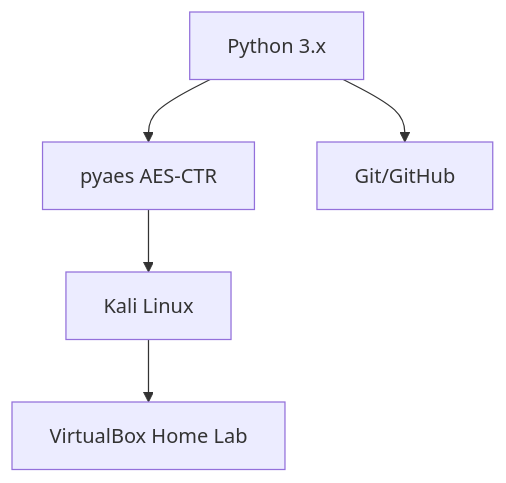
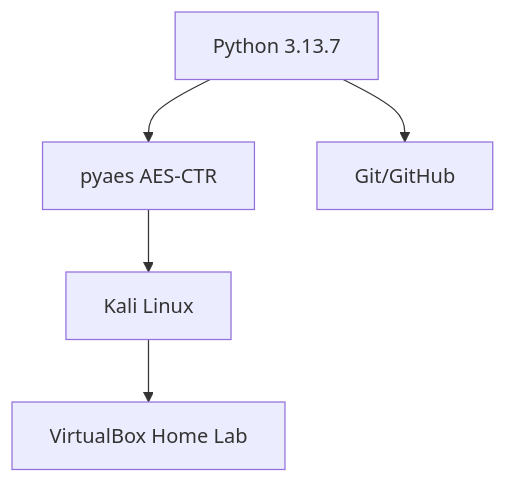
Before and after one commit to lehidavet/simulacao-ransomware-kali-python: the diagram in README.md, drawn with Mermaid.

Commit message:
docs: atualiza README

````diff
--- a/README.md
+++ b/README.md
@@ -24,7 +24,7 @@
 ```mermaid
 graph TB
-    A[Python 3.x] --> B[pyaes AES-CTR]
+    A[Python 3.13.7] --> B[pyaes AES-CTR]
     B --> C[Kali Linux]
     C --> D[VirtualBox Home Lab]
     A --> E[Git/GitHub]
 ```
````
